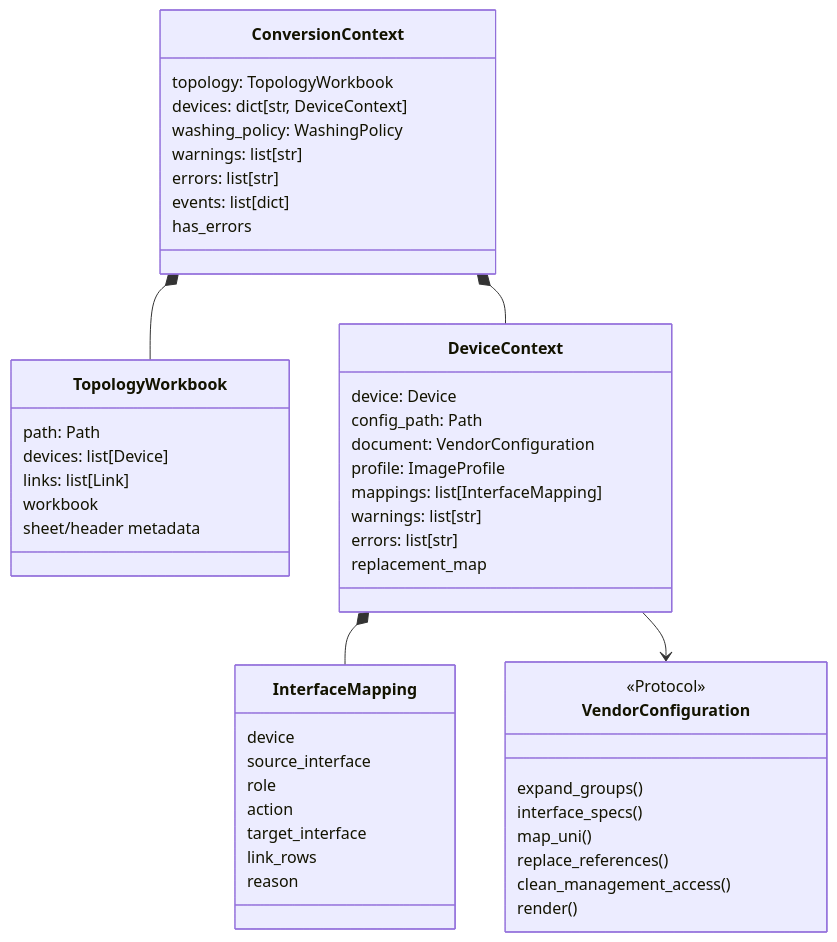
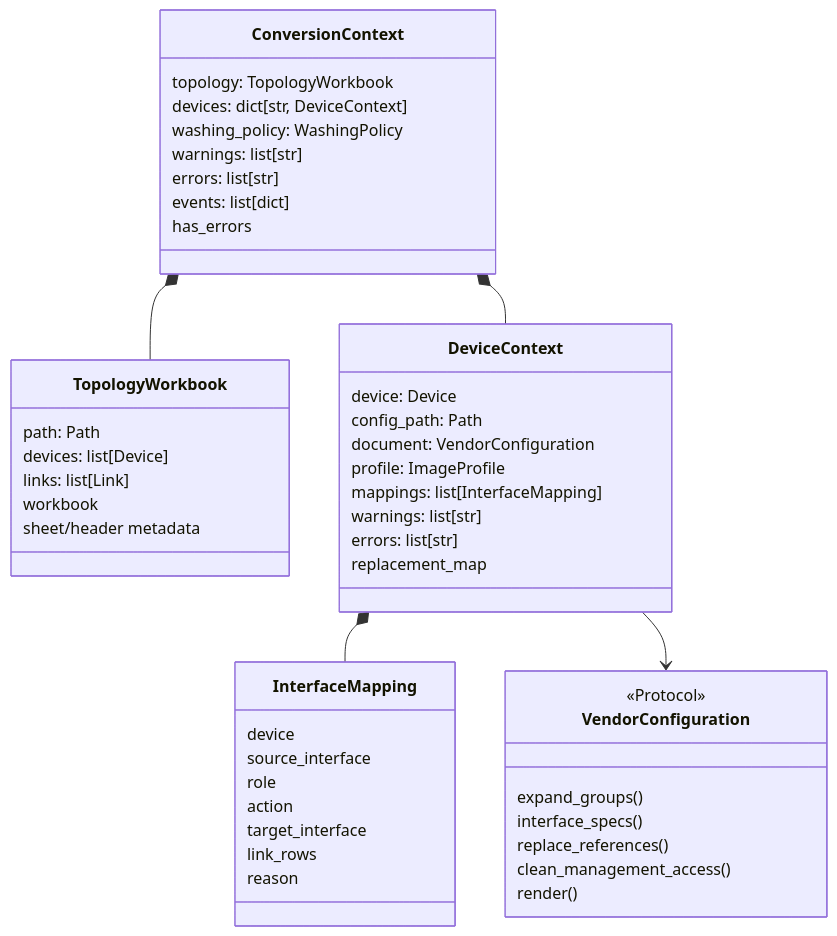
One commit to xiaobaozi01/config-mapping changed the sixth of 9 diagrams in docs/onboarding-guide.md. Above: the diagram before and after it, drawn with Mermaid. The commit also changed other lines of this file and 83 other files, not shown here.

````diff
--- a/docs/onboarding-guide.md
+++ b/docs/onboarding-guide.md
@@ -333,56 +331,55 @@
 ```mermaid
 classDiagram
     class ConversionContext {
         topology: TopologyWorkbook
         devices: dict[str, DeviceContext]
         washing_policy: WashingPolicy
         warnings: list[str]
         errors: list[str]
         events: list[dict]
         has_errors
     }
 
     class TopologyWorkbook {
         path: Path
         devices: list[Device]
         links: list[Link]
         workbook
         sheet/header metadata
     }
 
     class DeviceContext {
         device: Device
         config_path: Path
         document: VendorConfiguration
         profile: ImageProfile
         mappings: list[InterfaceMapping]
         warnings: list[str]
         errors: list[str]
         replacement_map
     }
 
     class InterfaceMapping {
         device
         source_interface
         role
         action
         target_interface
         link_rows
         reason
     }
 
     class VendorConfiguration {
         <<Protocol>>
         expand_groups()
         interface_specs()
-        map_uni()
         replace_references()
         clean_management_access()
         render()
     }
 
     ConversionContext *-- TopologyWorkbook
     ConversionContext *-- DeviceContext
     DeviceContext *-- InterfaceMapping
     DeviceContext --> VendorConfiguration
 ```
````
